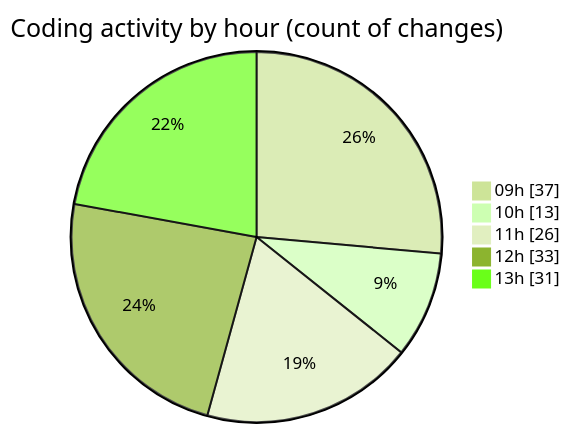
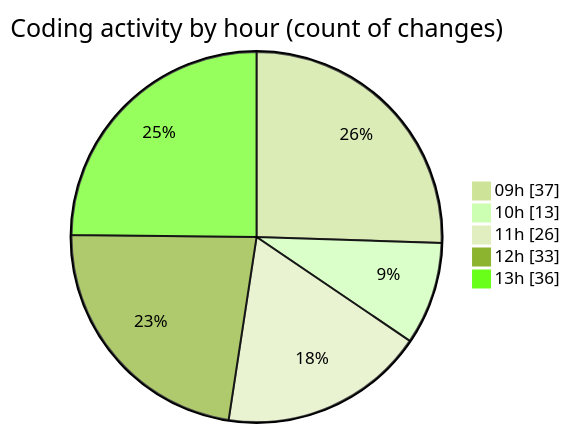
Before and after one commit to momahboobian/code-tracking: the second of 2 diagrams in 2026-04-23/cda/README.md, drawn with Mermaid (forest theme). The commit also changed other lines of this file and 1 other file, not shown here.

````diff
--- a/2026-04-23/cda/README.md
+++ b/2026-04-23/cda/README.md
@@ -53,9 +53,9 @@
 ```mermaid
 pie showData
 title Coding activity by hour (count of changes)
 "09h" : 37
 "10h" : 13
 "11h" : 26
 "12h" : 33
-"13h" : 31
+"13h" : 36
 ```
````
